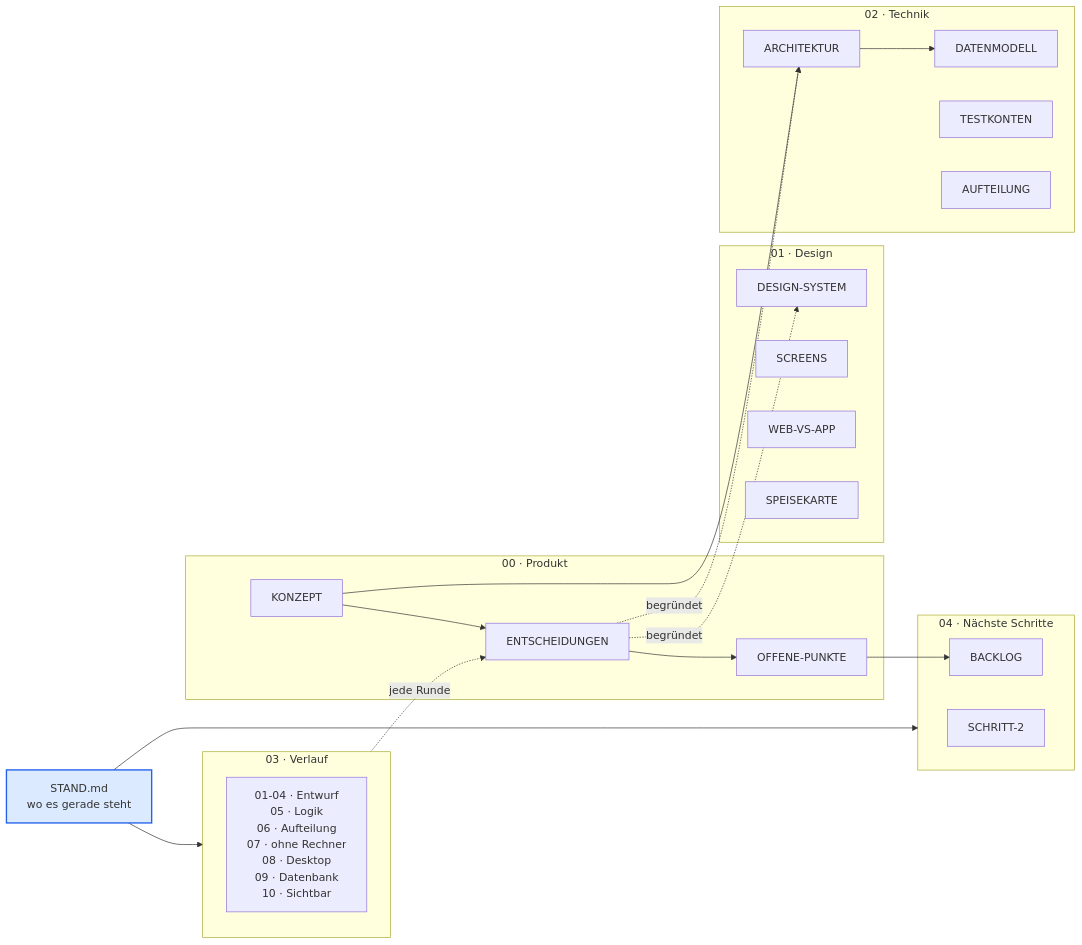
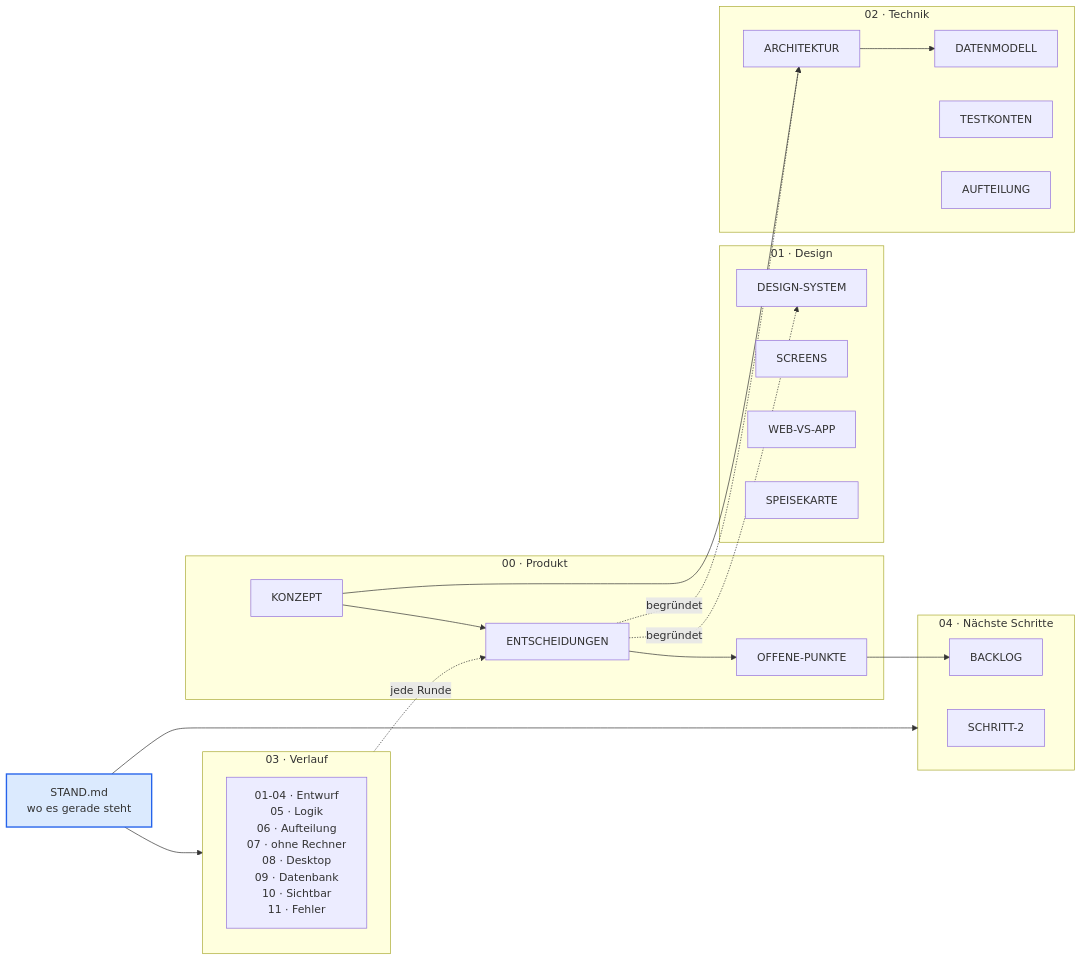
Before and after one commit to todidervogel/Brain: the diagram in README.md, drawn with Mermaid. The commit also changed 3 other files, not shown here.

````diff
--- a/README.md
+++ b/README.md
@@ -28,41 +28,41 @@
 ```mermaid
 flowchart LR
     STAND["STAND.md<br/>wo es gerade steht"]
 
     subgraph P ["00 · Produkt"]
         K[KONZEPT]
         E[ENTSCHEIDUNGEN]
         O[OFFENE-PUNKTE]
     end
     subgraph D ["01 · Design"]
         DS[DESIGN-SYSTEM]
         SC[SCREENS]
         WA[WEB-VS-APP]
         SP[SPEISEKARTE]
     end
     subgraph T ["02 · Technik"]
         AR[ARCHITEKTUR]
         DM[DATENMODELL]
         TK[TESTKONTEN]
         AU[AUFTEILUNG]
     end
     subgraph V ["03 · Verlauf"]
-        VR["01-04 · Entwurf<br/>05 · Logik<br/>06 · Aufteilung<br/>07 · ohne Rechner<br/>08 · Desktop<br/>09 · Datenbank<br/>10 · Sichtbar"]
+        VR["01-04 · Entwurf<br/>05 · Logik<br/>06 · Aufteilung<br/>07 · ohne Rechner<br/>08 · Desktop<br/>09 · Datenbank<br/>10 · Sichtbar<br/>11 · Fehler"]
     end
     subgraph N ["04 · Nächste Schritte"]
         S2[SCHRITT-2]
         BL[BACKLOG]
     end
 
     STAND --> V
     STAND --> N
     K --> E --> O
     K --> AR
     E -.begründet.-> DS
     E -.begründet.-> AR
     AR --> DM
     V -.jede Runde.-> E
     O --> BL
 
     style STAND fill:#dbeafe,stroke:#2563eb,stroke-width:2px
 ```
````
